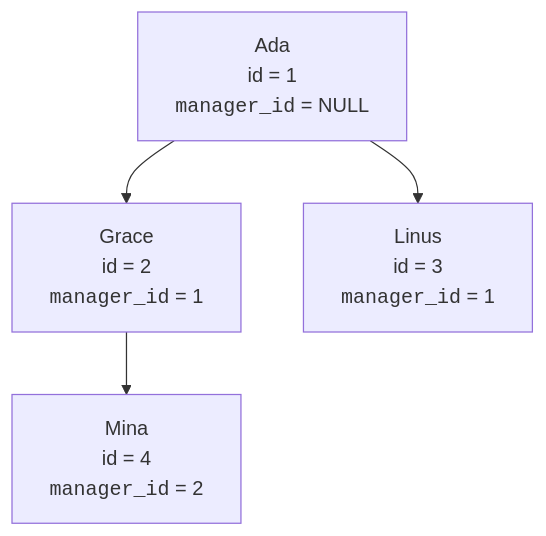
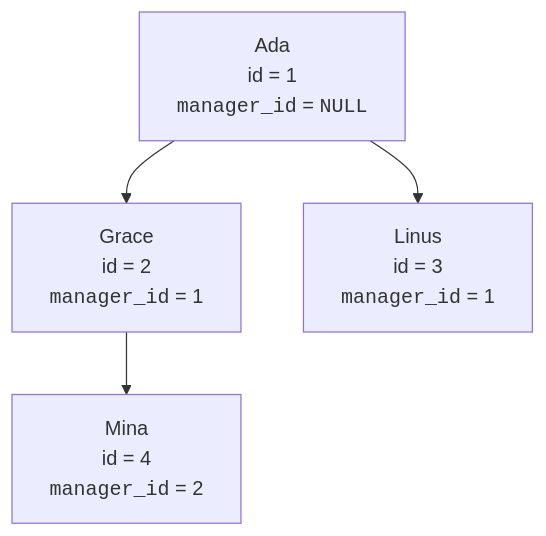
The second of 6 diagrams in content/courses/database-design-postgresql/self-referencing-relationships.mdx (dataslope/dataslope), drawn with Mermaid before and after one commit. The commit also changed other lines of this file and 52 other files, not shown here.

First line of the commit message:
Set SQL keywords in mermaid labels as code, and 10 more breakdowns

````diff
--- a/content/courses/database-design-postgresql/self-referencing-relationships.mdx
+++ b/content/courses/database-design-postgresql/self-referencing-relationships.mdx
@@ -37,6 +37,6 @@
 ```mermaid
 flowchart TB
-    CEO["Ada<br/>id = 1<br/><code>manager_id</code> = NULL"] --> Eng["Grace<br/>id = 2<br/><code>manager_id</code> = 1"]
+    CEO["Ada<br/>id = 1<br/><code>manager_id</code> = <code>NULL</code>"] --> Eng["Grace<br/>id = 2<br/><code>manager_id</code> = 1"]
     CEO --> Ops["Linus<br/>id = 3<br/><code>manager_id</code> = 1"]
     Eng --> Dev["Mina<br/>id = 4<br/><code>manager_id</code> = 2"]
 ```
````
